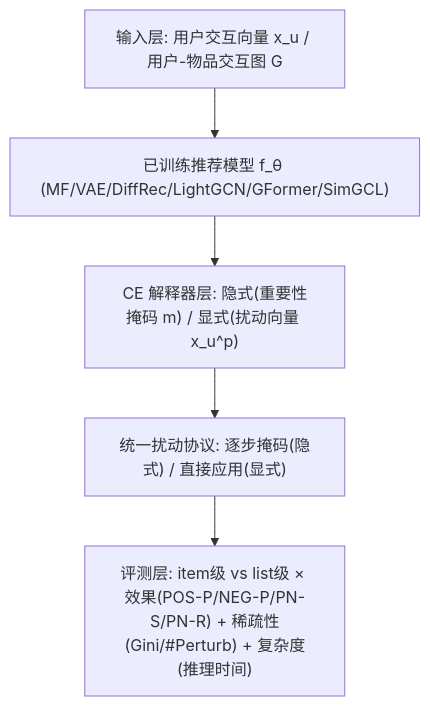
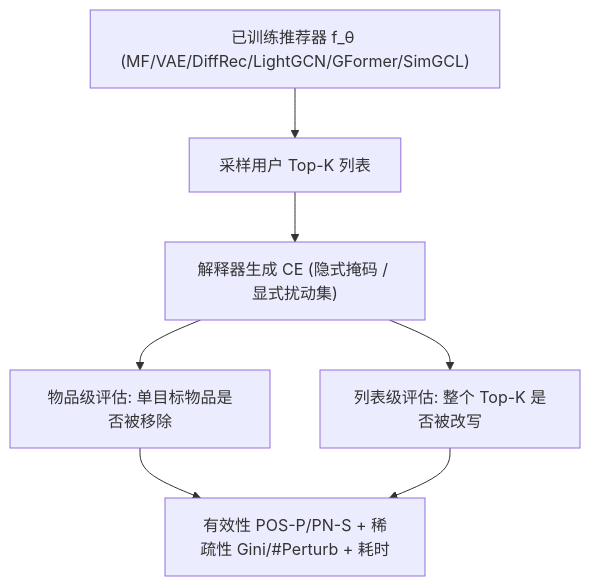
One commit to jbdcia321vw/Paper-Notes changed the diagram in docs/venues/SIGIR/2026/debias_fairness_industrial/from_top_1_to_top_k_a_reproducibility_study_and_benchmarking_of_counterfact.md. Above: the diagram before and after it, drawn with Mermaid. The commit also changed other lines of this file and 1119 other files, not shown here.

````diff
--- a/docs/venues/SIGIR/2026/debias_fairness_industrial/from_top_1_to_top_k_a_reproducibility_study_and_benchmarking_of_counterfact.md
+++ b/docs/venues/SIGIR/2026/debias_fairness_industrial/from_top_1_to_top_k_a_reproducibility_study_and_benchmarking_of_counterfact.md
@@ -58,7 +46,9 @@
 ```mermaid
 flowchart TD
-    A["输入层: 用户交互向量 x_u / 用户-物品交互图 G"] --> B["已训练推荐模型 f_θ (MF/VAE/DiffRec/LightGCN/GFormer/SimGCL)"]
-    B --> C["CE 解释器层: 隐式(重要性掩码 m) / 显式(扰动向量 x_u^p)"]
-    C --> D["统一扰动协议: 逐步掩码(隐式) / 直接应用(显式)"]
-    D --> E["评测层: item级 vs list级 × 效果(POS-P/NEG-P/PN-S/PN-R) + 稀疏性(Gini/#Perturb) + 复杂度(推理时间)"]
+    A["已训练推荐器 f_θ (MF/VAE/DiffRec/LightGCN/GFormer/SimGCL)"] --> B["采样用户 Top-K 列表"]
+    B --> C["解释器生成 CE (隐式掩码 / 显式扰动集)"]
+    C --> D["物品级评估: 单目标物品是否被移除"]
+    C --> E["列表级评估: 整个 Top-K 是否被改写"]
+    D --> F["有效性 POS-P/PN-S + 稀疏性 Gini/#Perturb + 耗时"]
+    E --> F
 ```
````
